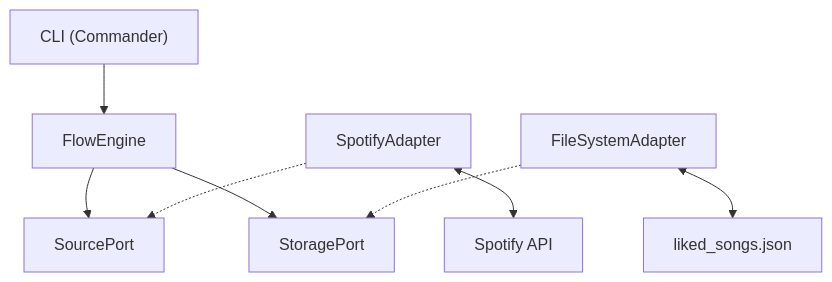
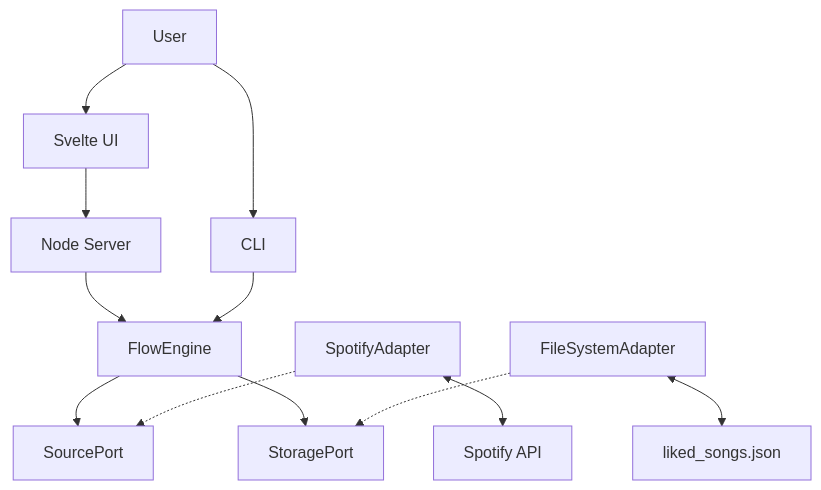
One commit to jorgesalica/flow-sample changed the diagram in docs/architecture.md. Above: the diagram before and after it, drawn with Mermaid. The commit also changed other lines of this file and 33 other files, not shown here.

Commit message:
feat: Introduce Svelte UI and Node.js server to power the Spotify Flow Explorer application.

````diff
--- a/docs/architecture.md
+++ b/docs/architecture.md
@@ -7,12 +12,18 @@
 ```mermaid
 graph TD
-    CLI["CLI (Commander)"] --> Engine["FlowEngine"]
+    User["User"] --> UI["Svelte UI"]
+    User --> CLI["CLI"]
+    
+    UI --> Server["Node Server"]
+    Server --> Engine["FlowEngine"]
+    CLI --> Engine
+    
     Engine --> Source["SourcePort"]
     Engine --> Storage["StoragePort"]
     
     SpotifyAdapter["SpotifyAdapter"] .-> Source
     FileSystemAdapter["FileSystemAdapter"] .-> Storage
     
     SpotifyAdapter <--> Spotify["Spotify API"]
     FileSystemAdapter <--> Files["liked_songs.json"]
 ```
````
